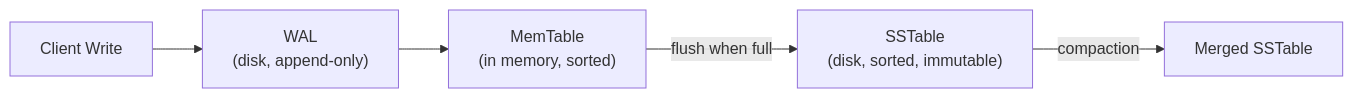
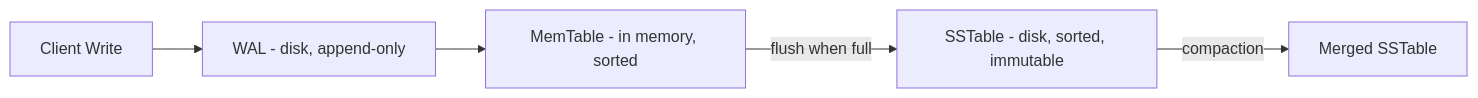
Before and after one commit to Dummy-Bug/system-design-handbook: the third of 3 diagrams in System Design/06-Storage-and-Databases/11-Column-Family/02-Column-Oriented-Storage.md, drawn with Mermaid. The commit also changed 30 other files, not shown here.

````diff
--- a/System Design/06-Storage-and-Databases/11-Column-Family/02-Column-Oriented-Storage.md
+++ b/System Design/06-Storage-and-Databases/11-Column-Family/02-Column-Oriented-Storage.md
@@ -86,7 +86,7 @@
 ```mermaid
 flowchart LR
-    W["Client Write"] --> WAL["WAL\n(disk, append-only)"]
-    WAL --> MT["MemTable\n(in memory, sorted)"]
-    MT -->|"flush when full"| SS["SSTable\n(disk, sorted, immutable)"]
+    W["Client Write"] --> WAL["WAL - disk, append-only"]
+    WAL --> MT["MemTable - in memory, sorted"]
+    MT -->|"flush when full"| SS["SSTable - disk, sorted, immutable"]
     SS -->|"compaction"| SS2["Merged SSTable"]
 ```
````
